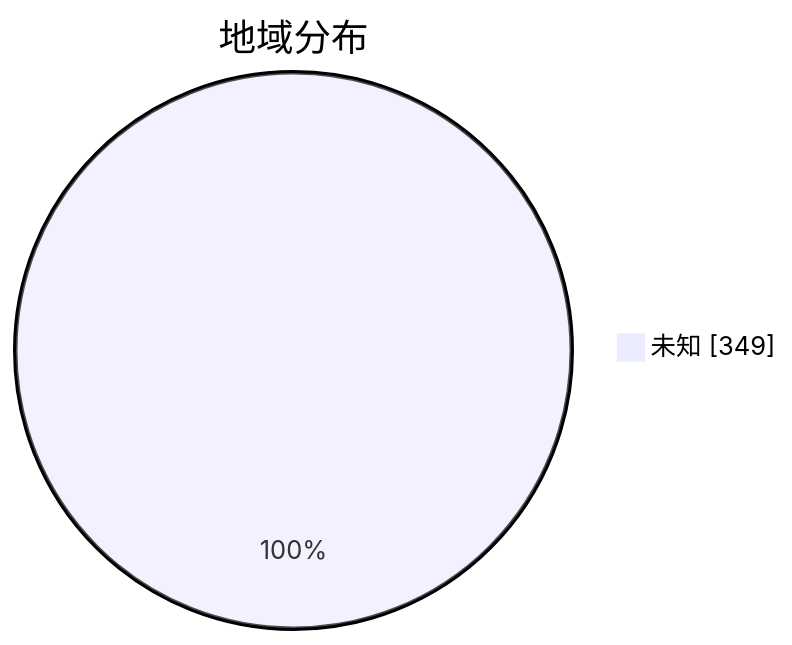
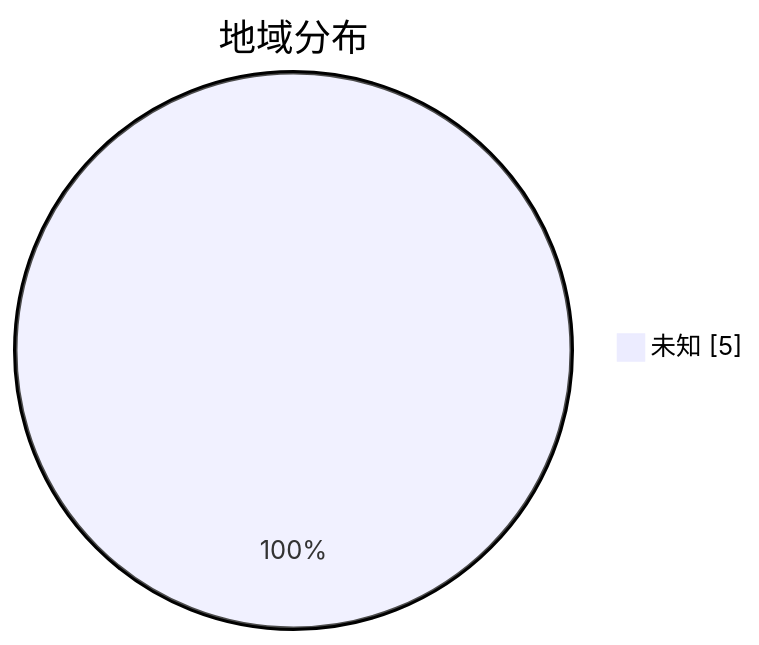
The second of 3 diagrams in subs/statistics/tested_within.md (qjlxg/airport), drawn with Mermaid before and after one commit. The commit also changed other lines of this file and 2 other files, not shown here.

````diff
--- a/subs/statistics/tested_within.md
+++ b/subs/statistics/tested_within.md
@@ -16,5 +8,5 @@
 ```mermaid
 pie showData
 title 地域分布
-"未知" : 349
+"未知" : 5
 ```
````
